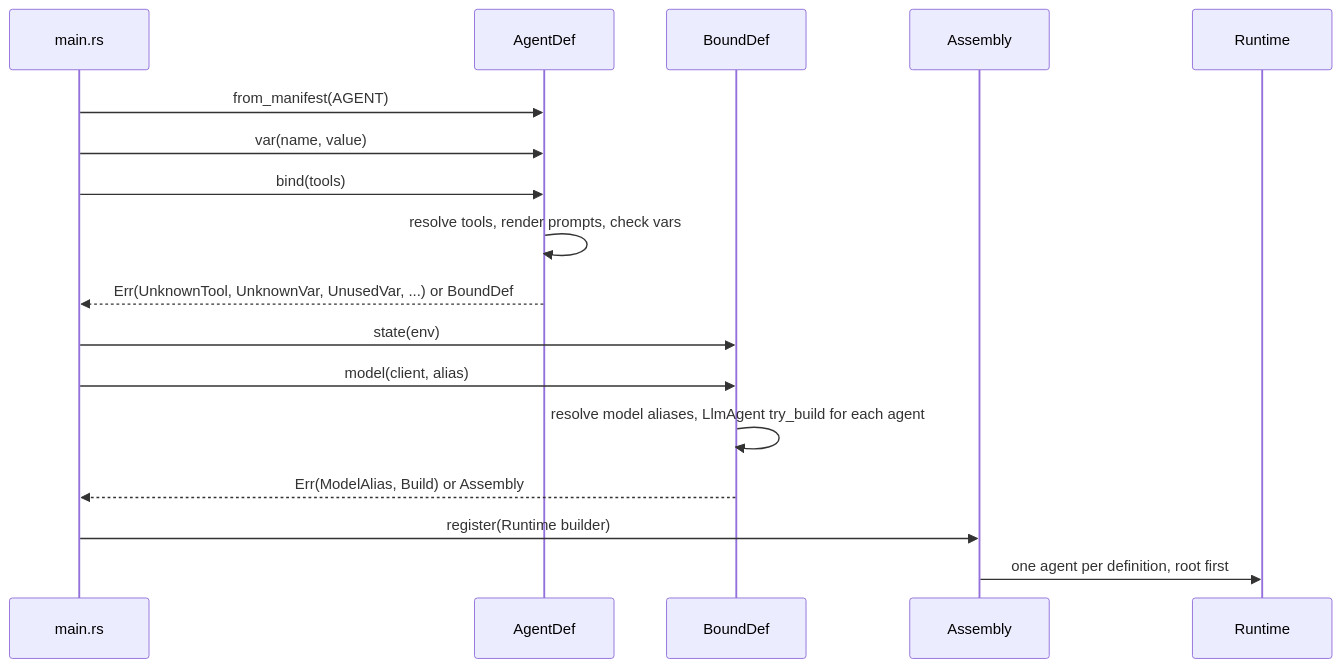
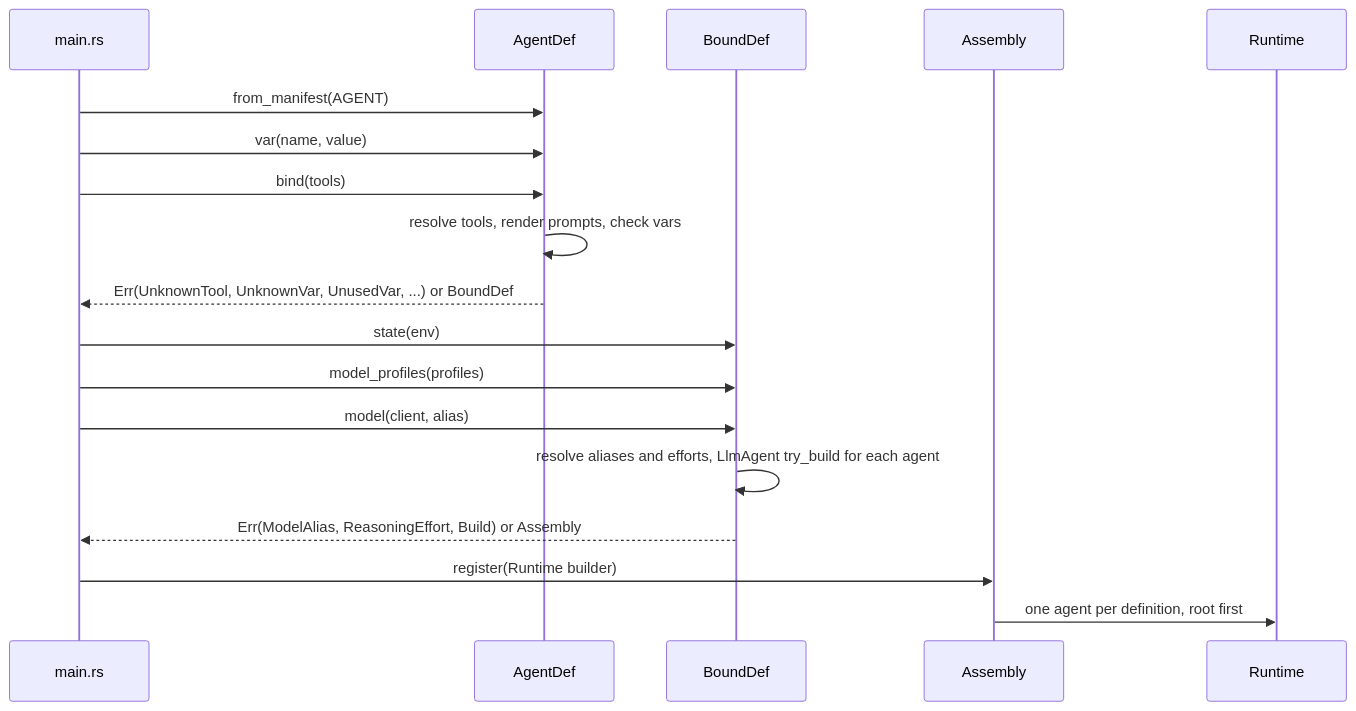
Before and after one commit to vymalo/another-adam-rs: the first of 8 diagrams in crates/adam-assembly/README.md, drawn with Mermaid. The commit also changed other lines of this file and 35 other files, not shown here.

````diff
--- a/crates/adam-assembly/README.md
+++ b/crates/adam-assembly/README.md
@@ -88,19 +88,20 @@
 ```mermaid
 sequenceDiagram
   participant M as main.rs
   participant D as AgentDef
   participant B as BoundDef
   participant A as Assembly
   participant R as Runtime
   M->>D: from_manifest(AGENT)
   M->>D: var(name, value)
   M->>D: bind(tools)
   D->>D: resolve tools, render prompts, check vars
   D-->>M: Err(UnknownTool, UnknownVar, UnusedVar, ...) or BoundDef
   M->>B: state(env)
+  M->>B: model_profiles(profiles)
   M->>B: model(client, alias)
-  B->>B: resolve model aliases, LlmAgent try_build for each agent
-  B-->>M: Err(ModelAlias, Build) or Assembly
+  B->>B: resolve aliases and efforts, LlmAgent try_build for each agent
+  B-->>M: Err(ModelAlias, ReasoningEffort, Build) or Assembly
   M->>A: register(Runtime builder)
   A->>R: one agent per definition, root first
 ```
````
